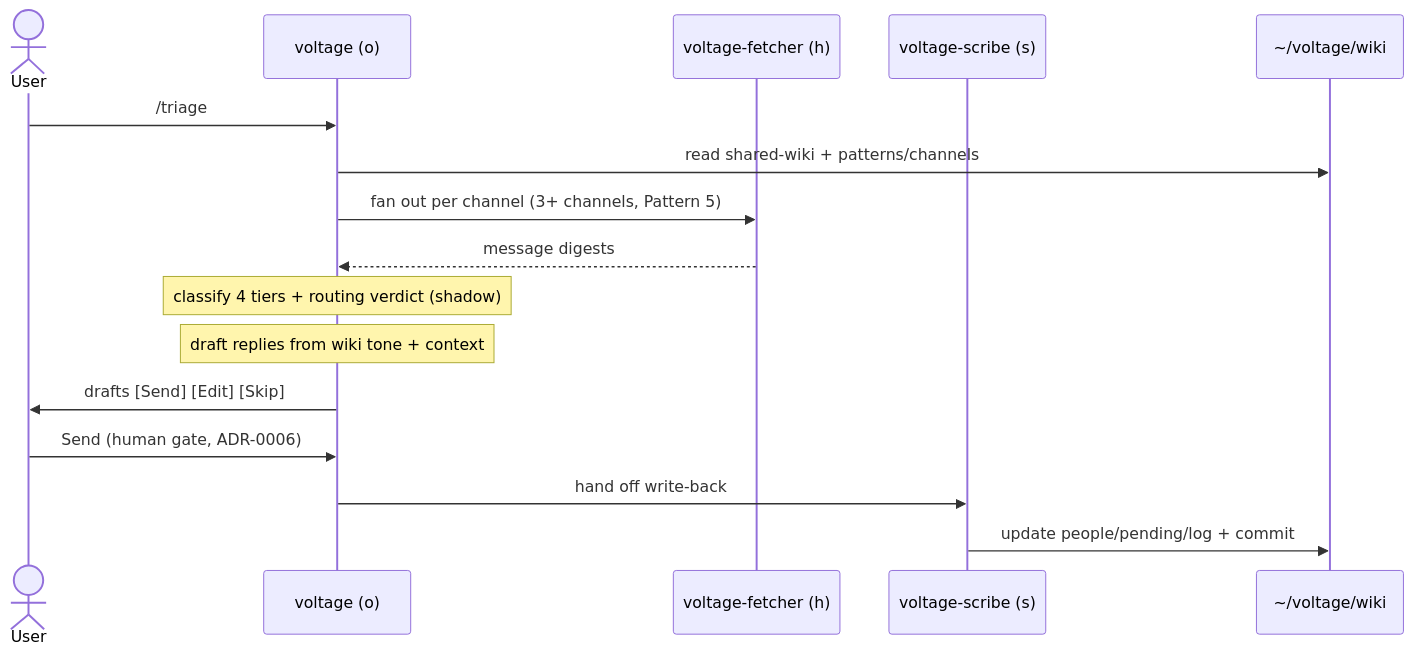
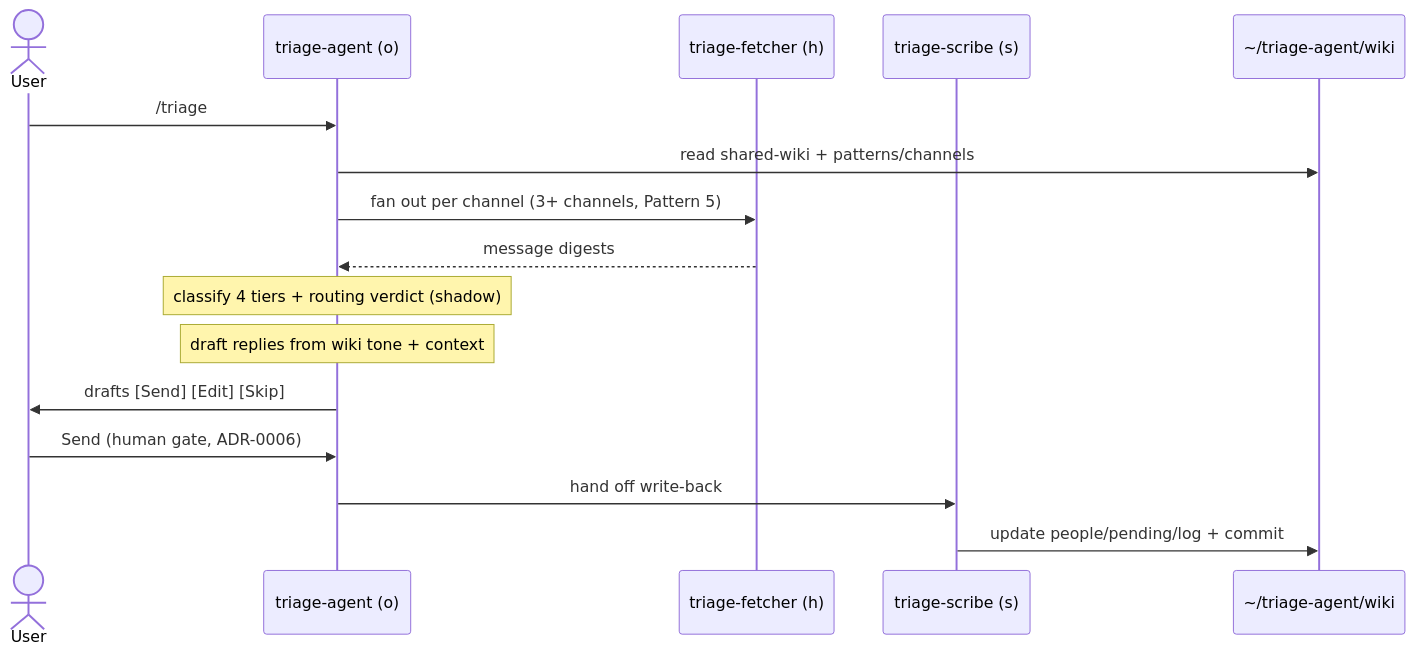
One commit to agent-rails/agentic-fabric changed the second of 3 diagrams in docs/ARCHITECTURE.md. Above: the diagram before and after it, drawn with Mermaid. The commit also changed other lines of this file and 73 other files, not shown here.

````diff
--- a/docs/ARCHITECTURE.md
+++ b/docs/ARCHITECTURE.md
@@ -116,19 +116,19 @@
 ```mermaid
 sequenceDiagram
     actor User
-    participant V as voltage (o)
-    participant F as voltage-fetcher (h)
-    participant Sc as voltage-scribe (s)
-    participant W as ~/voltage/wiki
+    participant V as triage-agent (o)
+    participant F as triage-fetcher (h)
+    participant Sc as triage-scribe (s)
+    participant W as ~/triage-agent/wiki
 
     User->>V: /triage
     V->>W: read shared-wiki + patterns/channels
     V->>F: fan out per channel (3+ channels, Pattern 5)
     F-->>V: message digests
     Note over V: classify 4 tiers + routing verdict (shadow)
     Note over V: draft replies from wiki tone + context
     V->>User: drafts [Send] [Edit] [Skip]
     User->>V: Send (human gate, ADR-0006)
     V->>Sc: hand off write-back
     Sc->>W: update people/pending/log + commit
 ```
````
